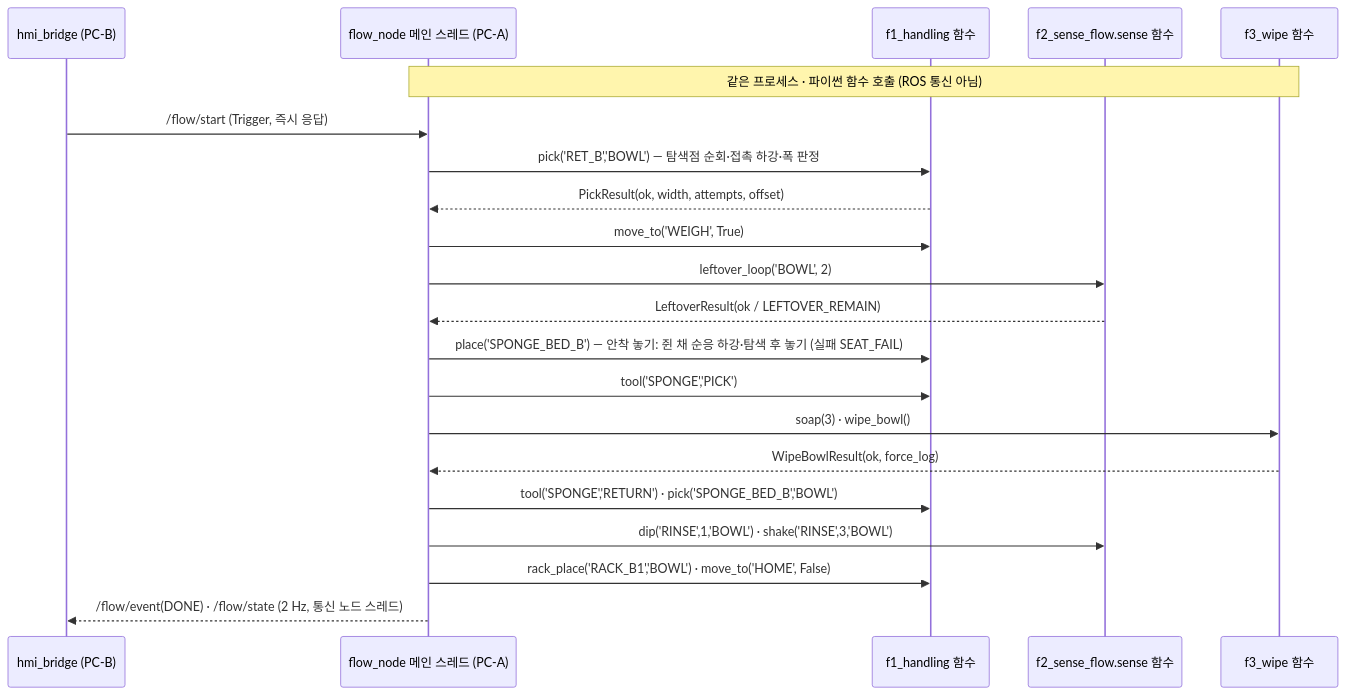
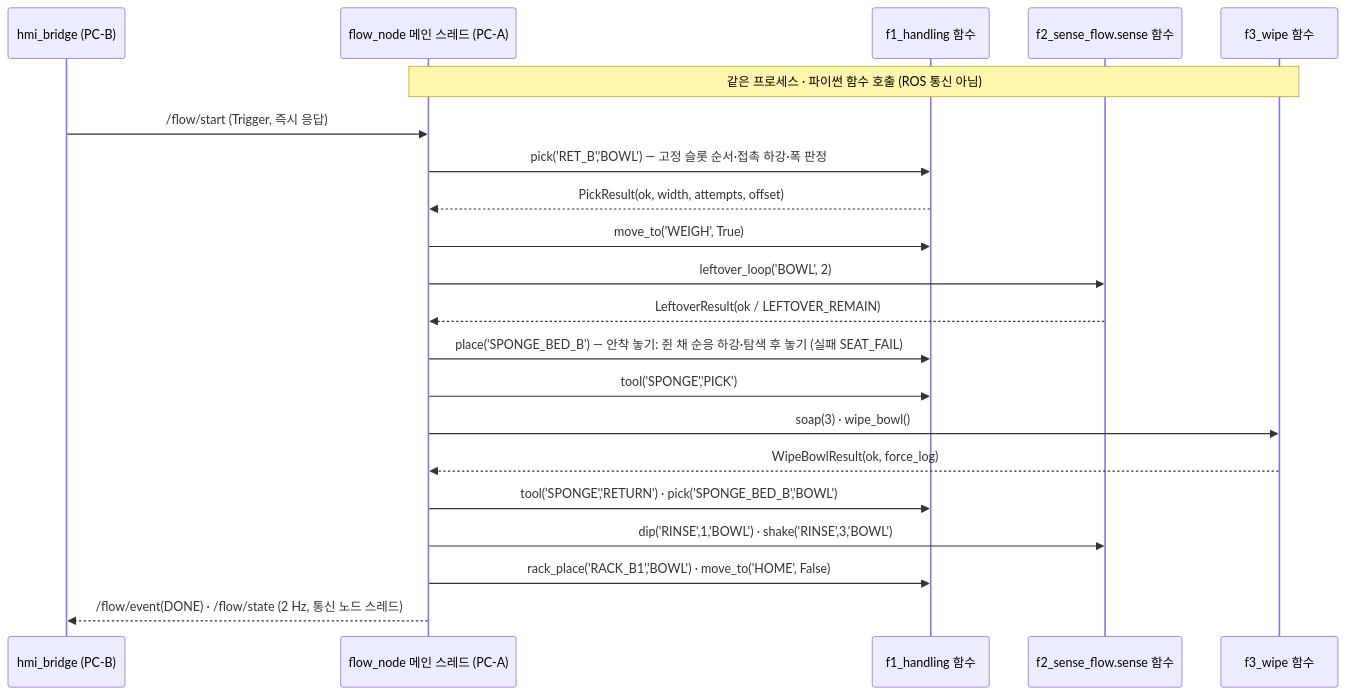
The first of 2 diagrams in docs/03_설계_SDD.md (hwang-injae/rokey_9_pjt1_D2), drawn with Mermaid before and after one commit. The commit also changed other lines of this file and 15 other files, not shown here.

````diff
--- a/docs/03_설계_SDD.md
+++ b/docs/03_설계_SDD.md
@@ -211,23 +211,23 @@
 ```mermaid
 sequenceDiagram
   participant H as hmi_bridge (PC-B)
   participant W as flow_node 메인 스레드 (PC-A)
   participant A as f1_handling 함수
   participant B as f2_sense_flow.sense 함수
   participant C as f3_wipe 함수
   Note over W,C: 같은 프로세스 · 파이썬 함수 호출 (ROS 통신 아님)
   H->>W: /flow/start (Trigger, 즉시 응답)
-  W->>A: pick('RET_B','BOWL')  — 탐색점 순회·접촉 하강·폭 판정
+  W->>A: pick('RET_B','BOWL')  — 고정 슬롯 순서·접촉 하강·폭 판정
   A-->>W: PickResult(ok, width, attempts, offset)
   W->>A: move_to('WEIGH', True)
   W->>B: leftover_loop('BOWL', 2)
   B-->>W: LeftoverResult(ok / LEFTOVER_REMAIN)
   W->>A: place('SPONGE_BED_B')  — 안착 놓기: 쥔 채 순응 하강·탐색 후 놓기 (실패 SEAT_FAIL)
   W->>A: tool('SPONGE','PICK')
   W->>C: soap(3) · wipe_bowl()
   C-->>W: WipeBowlResult(ok, force_log)
   W->>A: tool('SPONGE','RETURN') · pick('SPONGE_BED_B','BOWL')
   W->>B: dip('RINSE',1,'BOWL') · shake('RINSE',3,'BOWL')
   W->>A: rack_place('RACK_B1','BOWL') · move_to('HOME', False)
   W-->>H: /flow/event(DONE) · /flow/state (2 Hz, 통신 노드 스레드)
 ```
````
